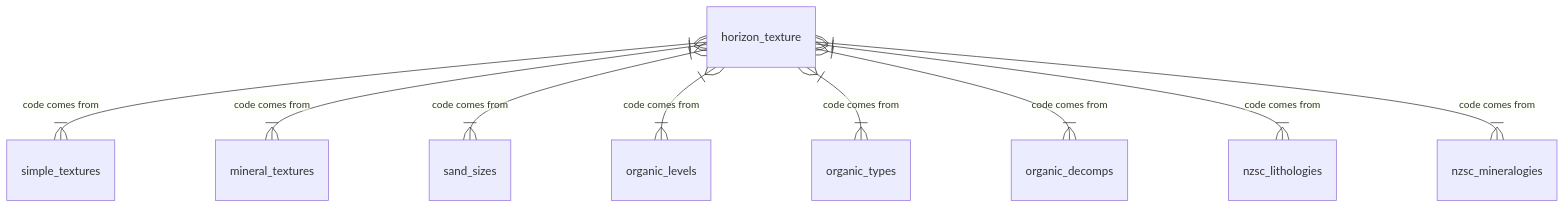
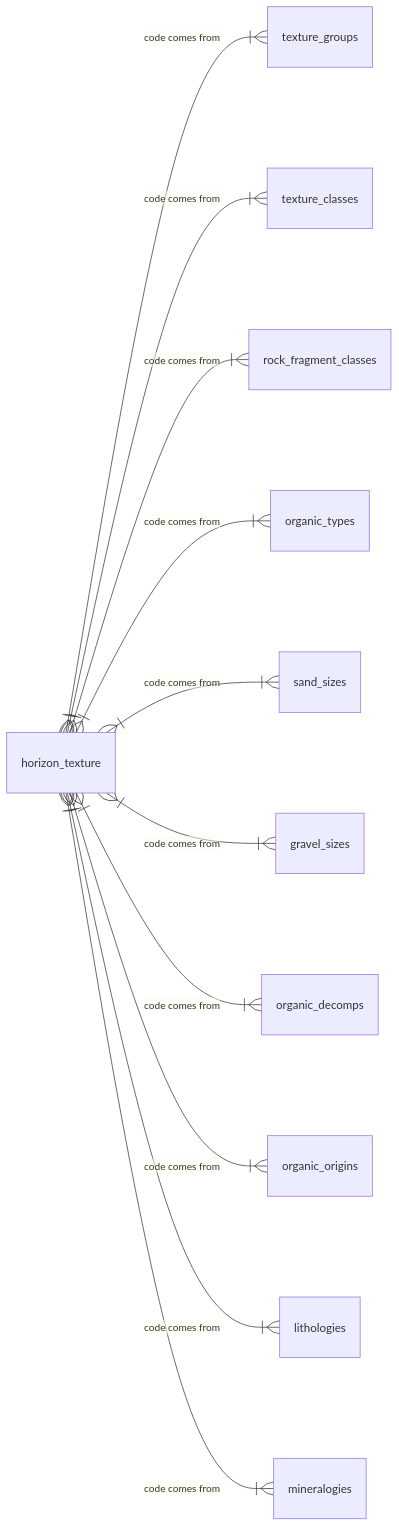
One commit to manaakiwhenua/NZ_soildesc_2024 changed diagram 14 of 27 in ap_03_database_design.qmd. Above: the diagram before and after it, drawn with Mermaid. The commit also changed other lines of this file, not shown here.

````diff
--- a/ap_03_database_design.qmd
+++ b/ap_03_database_design.qmd
@@ -1172,16 +1297,18 @@
 ```{mermaid}
 %%| label: fig-mhortexo
 %%| fig-cap: "Horizon texture - Overview"
 
-%%{ init: { 'er': { 'layoutDirection': 'LR' } } }%%
 erDiagram
-  horizon_texture }|--|{ simple_textures : "code comes from"
-  horizon_texture }|--|{ mineral_textures : "code comes from"
+  direction LR
+  horizon_texture }|--|{ texture_groups : "code comes from"
+  horizon_texture }|--|{ texture_classes : "code comes from"
+  horizon_texture }|--|{ rock_fragment_classes : "code comes from"
+  horizon_texture }|--|{ organic_types : "code comes from"
   horizon_texture }|--|{ sand_sizes : "code comes from"
-  horizon_texture }|--|{ organic_levels : "code comes from"
-  horizon_texture }|--|{ organic_types : "code comes from"
+  horizon_texture }|--|{ gravel_sizes : "code comes from"
   horizon_texture }|--|{ organic_decomps : "code comes from"
-  horizon_texture }|--|{ nzsc_lithologies : "code comes from"
-  horizon_texture }|--|{ nzsc_mineralogies : "code comes from"
+  horizon_texture }|--|{ organic_origins : "code comes from"
+  horizon_texture }|--|{ lithologies : "code comes from"
+  horizon_texture }|--|{ mineralogies : "code comes from"
 
 ```
````
